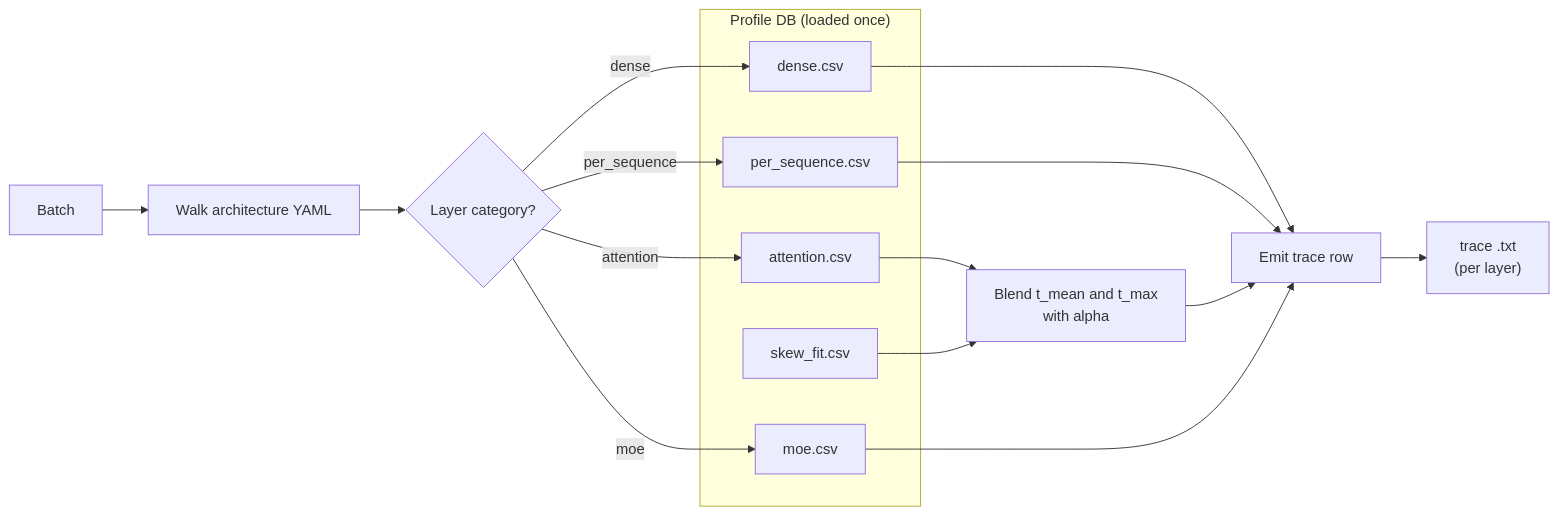
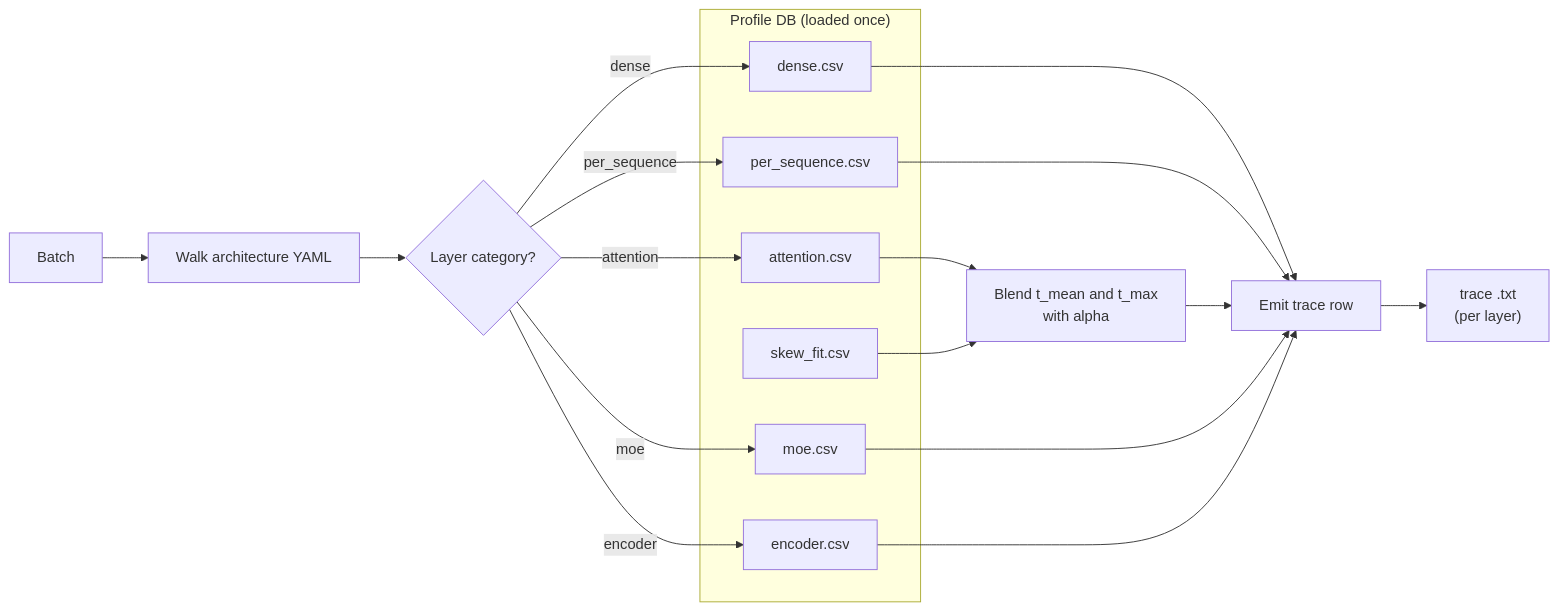
One commit to Tandemn-Labs/tandemn-LLMServingSim changed the diagram in docs/docs/simulator/trace-generation.md. Above: the diagram before and after it, drawn with Mermaid. The commit also changed other lines of this file and 42 other files, not shown here.

Commit message:
new architectures and encoder models

````diff
--- a/docs/docs/simulator/trace-generation.md
+++ b/docs/docs/simulator/trace-generation.md
@@ -22,23 +22,26 @@
 ```mermaid
 flowchart LR
     subgraph PROF["Profile DB (loaded once)"]
         DENSE[dense.csv]
-        PERSEQ[per_sequence.csv]
-        ATTN[attention.csv]
+    PERSEQ[per_sequence.csv]
+    ATTN[attention.csv]
+    ENC[encoder.csv]
         MOE[moe.csv]
         SKEW[skew_fit.csv]
     end
     BATCH[Batch] --> WALK[Walk architecture YAML]
     WALK --> DISPATCH{Layer category?}
     DISPATCH -->|dense| DENSE
     DISPATCH -->|per_sequence| PERSEQ
     DISPATCH -->|attention| ATTN
+    DISPATCH -->|encoder| ENC
     DISPATCH -->|moe| MOE
     ATTN --> SKEWBLEND["Blend t_mean and t_max<br/>with alpha"]
     SKEW --> SKEWBLEND
     DENSE --> EMIT[Emit trace row]
     PERSEQ --> EMIT
     SKEWBLEND --> EMIT
     MOE --> EMIT
+    ENC --> EMIT
     EMIT --> TRACEFILE["trace .txt<br/>(per layer)"]
 ```
````
